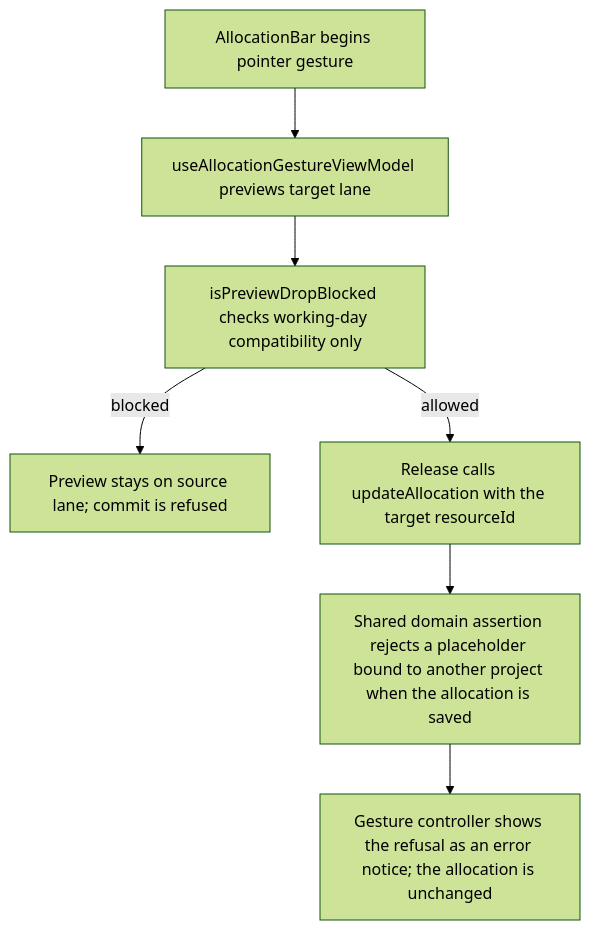
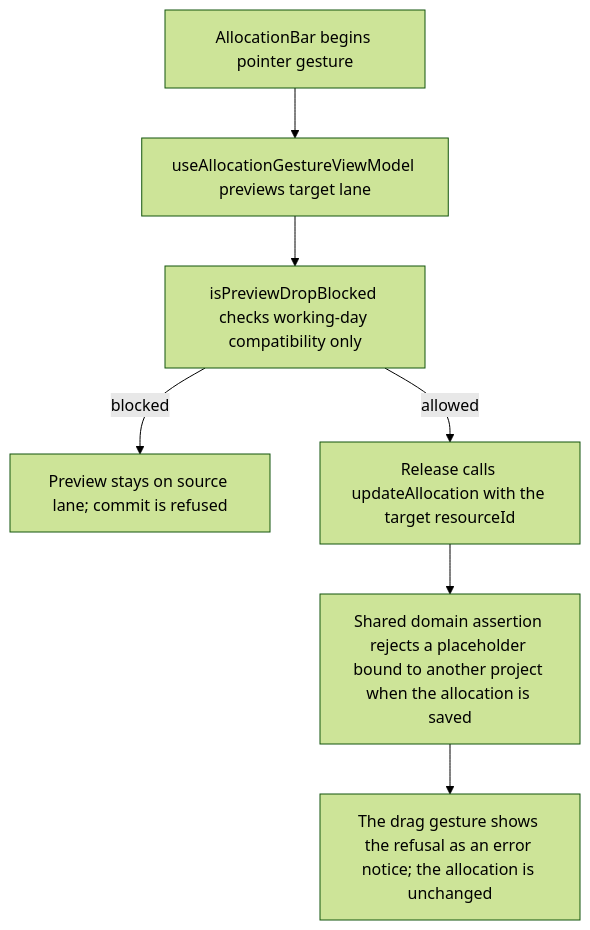
Before and after one commit to Kevinjohn/capacitylens: the second of 2 diagrams in user-stories/scheduler/US-SCH-07-placeholder-reassign-reject.md, drawn with Mermaid (forest theme). The commit also changed 285 other files, not shown here.

````diff
--- a/user-stories/scheduler/US-SCH-07-placeholder-reassign-reject.md
+++ b/user-stories/scheduler/US-SCH-07-placeholder-reassign-reject.md
@@ -33,9 +33,9 @@
 ```mermaid
 flowchart TD
   A["AllocationBar begins pointer gesture"] --> B["useAllocationGestureViewModel previews target lane"]
   B --> C["isPreviewDropBlocked checks working-day compatibility only"]
   C -->|blocked| D["Preview stays on source lane; commit is refused"]
   C -->|allowed| E["Release calls updateAllocation with the target resourceId"]
   E --> F["Shared domain assertion rejects a placeholder bound to another project when the allocation is saved"]
-  F --> G["Gesture controller shows the refusal as an error notice; the allocation is unchanged"]
+  F --> G["The drag gesture shows the refusal as an error notice; the allocation is unchanged"]
 ```
````
